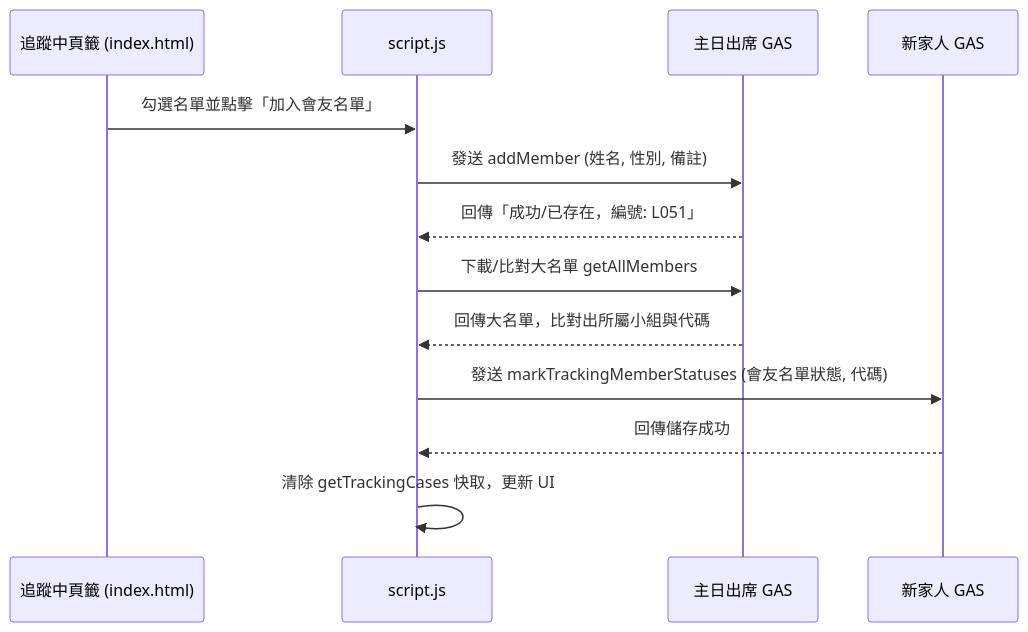
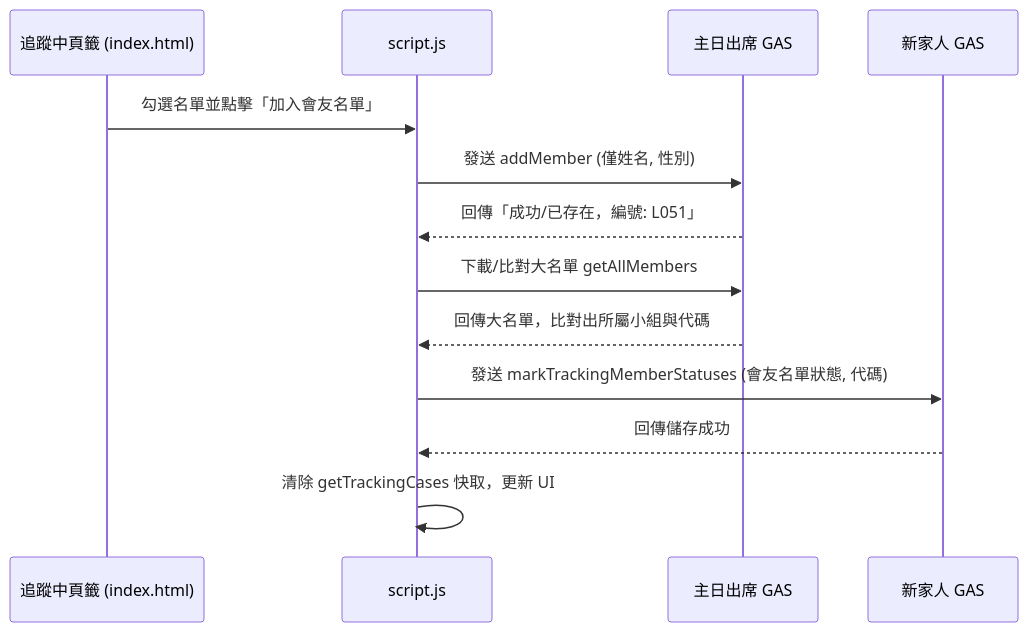
One commit to JirehWang/JirehWang.github.io changed the second of 2 diagrams in apps/LKC_NewFamily/ARCHITECTURE.md. Above: the diagram before and after it, drawn with Mermaid. The commit also changed other lines of this file and 3 other files, not shown here.

````diff
--- a/apps/LKC_NewFamily/ARCHITECTURE.md
+++ b/apps/LKC_NewFamily/ARCHITECTURE.md
@@ -100,16 +101,16 @@
 ```mermaid
 sequenceDiagram
     participant UI as 追蹤中頁籤 (index.html)
     participant JS as script.js
     participant GAS_Sun as 主日出席 GAS
     participant GAS_NF as 新家人 GAS
     
     UI->>JS: 勾選名單並點擊「加入會友名單」
-    JS->>GAS_Sun: 發送 addMember (姓名, 性別, 備註)
+    JS->>GAS_Sun: 發送 addMember (僅姓名, 性別)
     GAS_Sun-->>JS: 回傳「成功/已存在，編號: L051」
     JS->>GAS_Sun: 下載/比對大名單 getAllMembers
     GAS_Sun-->>JS: 回傳大名單，比對出所屬小組與代碼
     JS->>GAS_NF: 發送 markTrackingMemberStatuses (會友名單狀態, 代碼)
     GAS_NF-->>JS: 回傳儲存成功
     JS->>JS: 清除 getTrackingCases 快取，更新 UI
 ```
````
